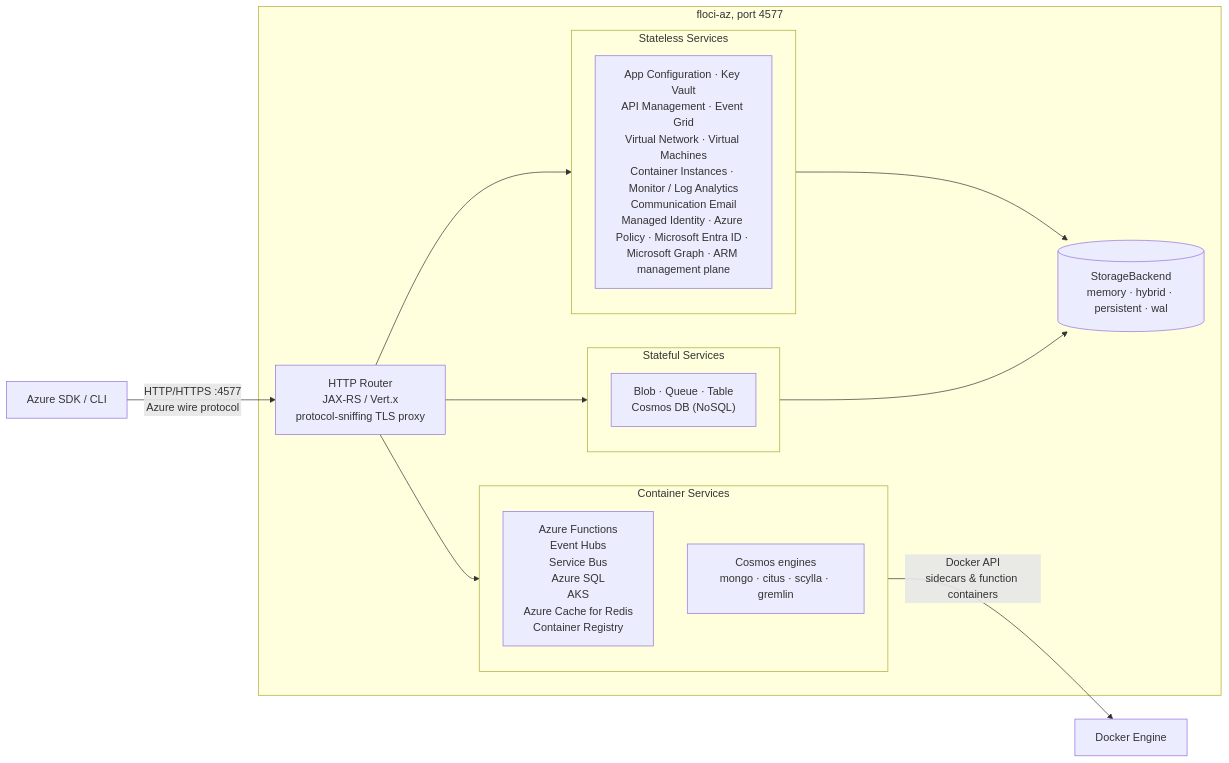
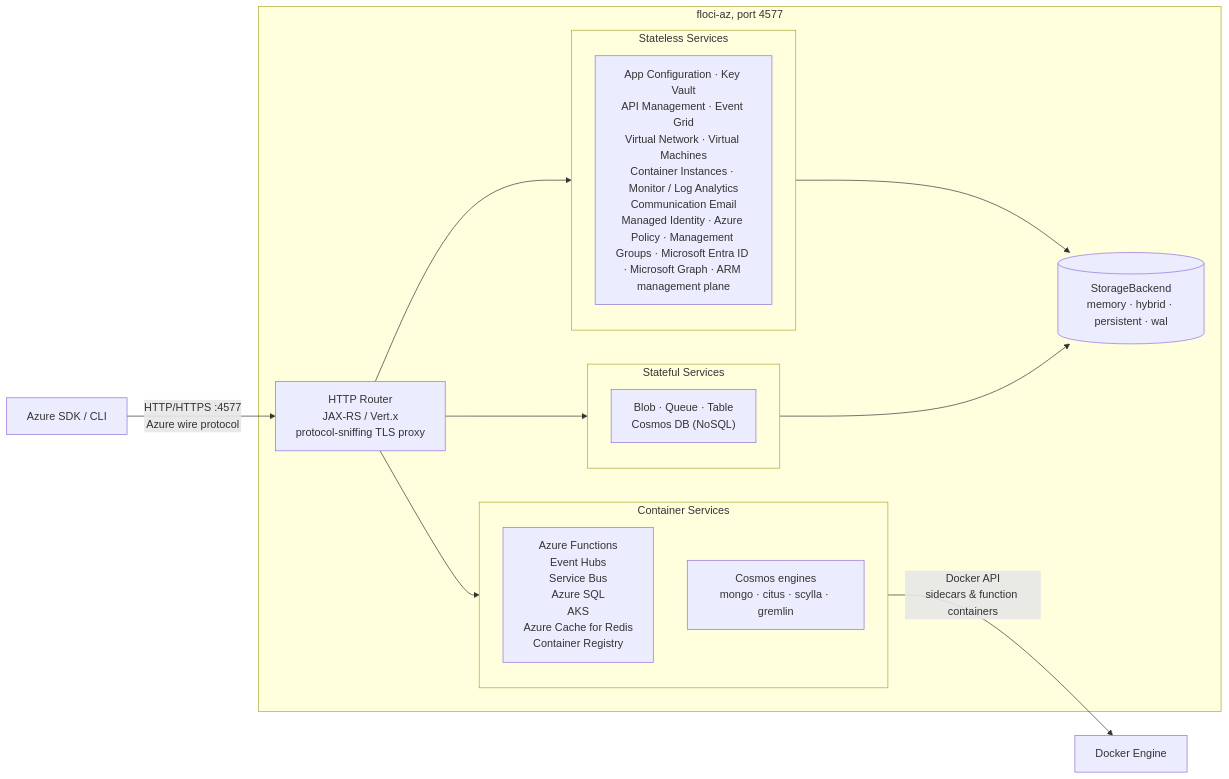
One commit to floci-io/floci-az changed the diagram in README.md. Above: the diagram before and after it, drawn with Mermaid. The commit also changed other lines of this file and 11 other files, not shown here.

Commit message:
feat(managementgroups): add Azure Management Groups with hierarchy, descendants and subscription membership

````diff
--- a/README.md
+++ b/README.md
@@ -273,30 +274,30 @@
 ```mermaid
 flowchart LR
     Client["Azure SDK / CLI"]
 
     subgraph FlociAz ["floci-az, port 4577"]
         Router["HTTP Router\nJAX-RS / Vert.x\nprotocol-sniffing TLS proxy"]
 
         subgraph Stateless ["Stateless Services"]
-            A["App Configuration · Key Vault\nAPI Management · Event Grid\nVirtual Network · Virtual Machines\nContainer Instances · Monitor / Log Analytics\nCommunication Email\nManaged Identity · Azure Policy · Microsoft Entra ID · Microsoft Graph · ARM management plane"]
+            A["App Configuration · Key Vault\nAPI Management · Event Grid\nVirtual Network · Virtual Machines\nContainer Instances · Monitor / Log Analytics\nCommunication Email\nManaged Identity · Azure Policy · Management Groups · Microsoft Entra ID · Microsoft Graph · ARM management plane"]
         end
 
         subgraph Stateful ["Stateful Services"]
             B["Blob · Queue · Table\nCosmos DB (NoSQL)"]
         end
 
         subgraph Containers ["Container Services"]
             C["Azure Functions\nEvent Hubs\nService Bus\nAzure SQL\nAKS\nAzure Cache for Redis\nContainer Registry"]
             D["Cosmos engines\nmongo · citus · scylla · gremlin"]
         end
 
         Router --> Stateless
         Router --> Stateful
         Router --> Containers
         Stateless & Stateful --> Store[("StorageBackend\nmemory · hybrid · persistent · wal")]
     end
 
     Docker["Docker Engine"]
     Client -->|"HTTP/HTTPS :4577\nAzure wire protocol"| Router
     Containers -->|"Docker API\nsidecars & function containers"| Docker
 ```
````
